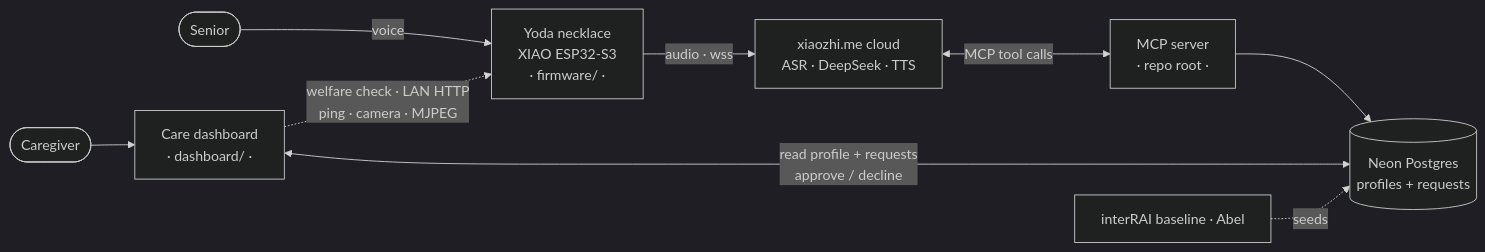
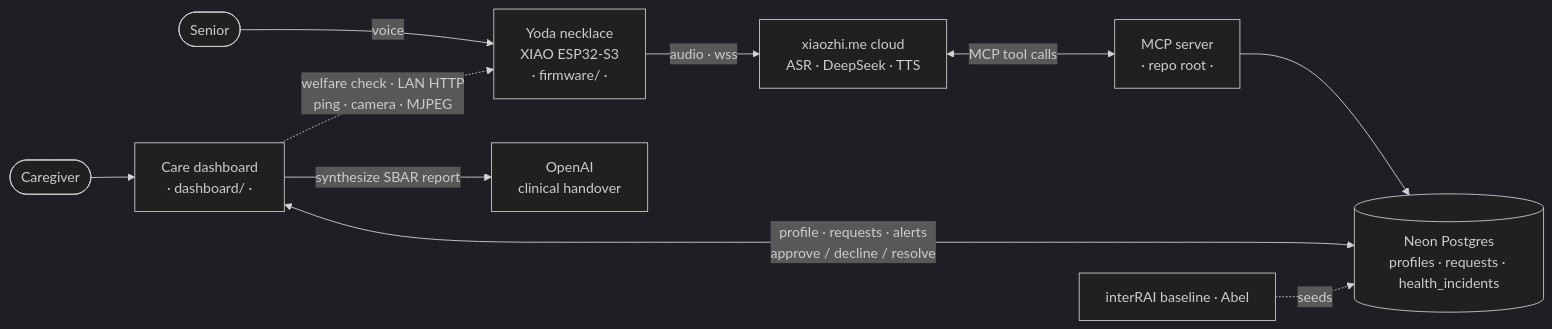
Before and after one commit to AbhishekVulla/yoda-mcp: the diagram in README.md, drawn with Mermaid (dark theme). The commit also changed other lines of this file, not shown here.

First line of the commit message:
docs: README, health triage + escalation + AI clinical report

````diff
--- a/README.md
+++ b/README.md
@@ -32,11 +35,12 @@
 ```mermaid
 flowchart LR
   Senior([Senior]) -->|voice| Pendant[Yoda necklace<br/>XIAO ESP32-S3<br/>· firmware/ ·]
   Pendant -->|audio · wss| Cloud[xiaozhi.me cloud<br/>ASR · DeepSeek · TTS]
   Cloud <-->|MCP tool calls| Server[MCP server<br/>· repo root ·]
-  Server --> Neon[(Neon Postgres<br/>profiles + requests)]
+  Server --> Neon[(Neon Postgres<br/>profiles · requests · health_incidents)]
   Caregiver([Caregiver]) --> Dash[Care dashboard<br/>· dashboard/ ·]
-  Dash <-->|read profile + requests<br/>approve / decline| Neon
+  Dash <-->|profile · requests · alerts<br/>approve / decline / resolve| Neon
+  Dash -->|synthesize SBAR report| LLM[OpenAI<br/>clinical handover]
   Dash -.->|welfare check · LAN HTTP<br/>ping · camera · MJPEG| Pendant
   Baseline[interRAI baseline · Abel] -. seeds .-> Neon
 ```
````
